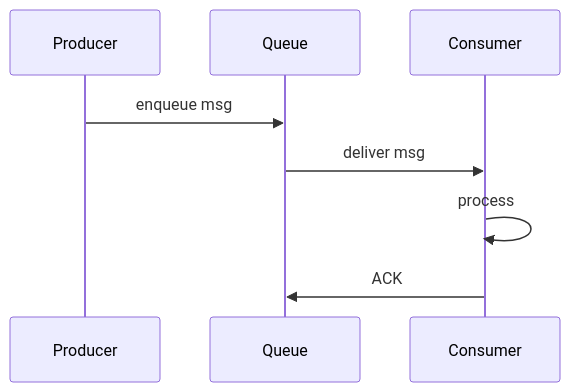
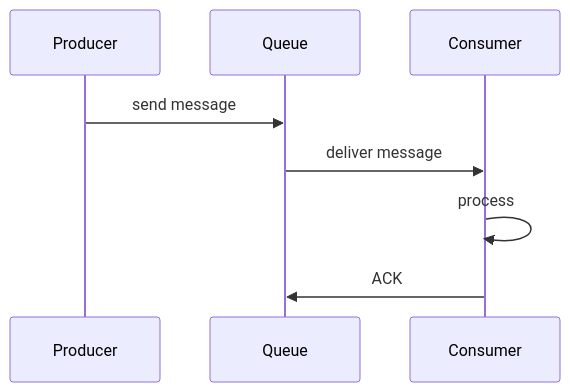
Before and after one commit to hareramcse/SystemDesign: the third of 28 diagrams in 06-messaging-and-events/README.md, drawn with Mermaid. The commit also changed other lines of this file, not shown here.

````diff
--- a/06-messaging-and-events/README.md
+++ b/06-messaging-and-events/README.md
@@ -85,10 +158,10 @@
 ```mermaid
 sequenceDiagram
     participant P as Producer
     participant Q as Queue
     participant C as Consumer
-    P->>Q: enqueue msg
-    Q->>C: deliver msg
+    P->>Q: send message
+    Q->>C: deliver message
     C->>C: process
     C->>Q: ACK
 ```
````
